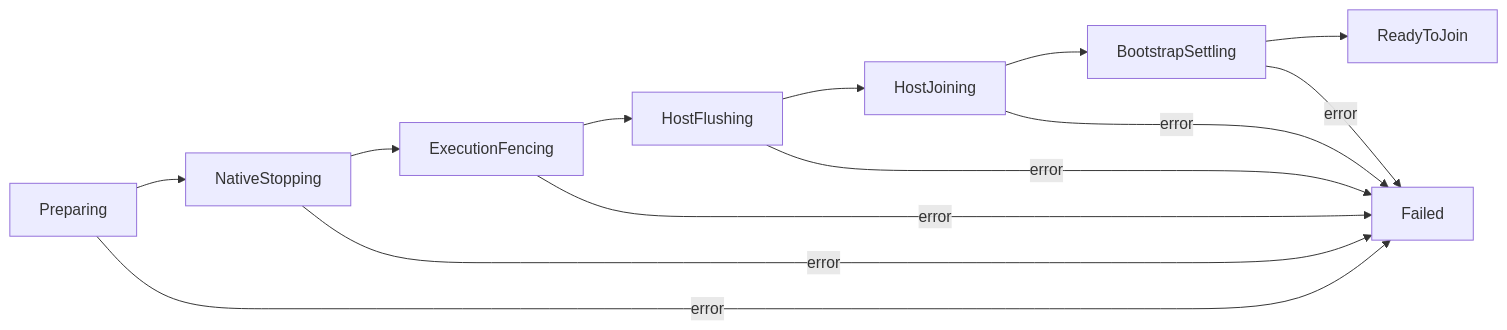
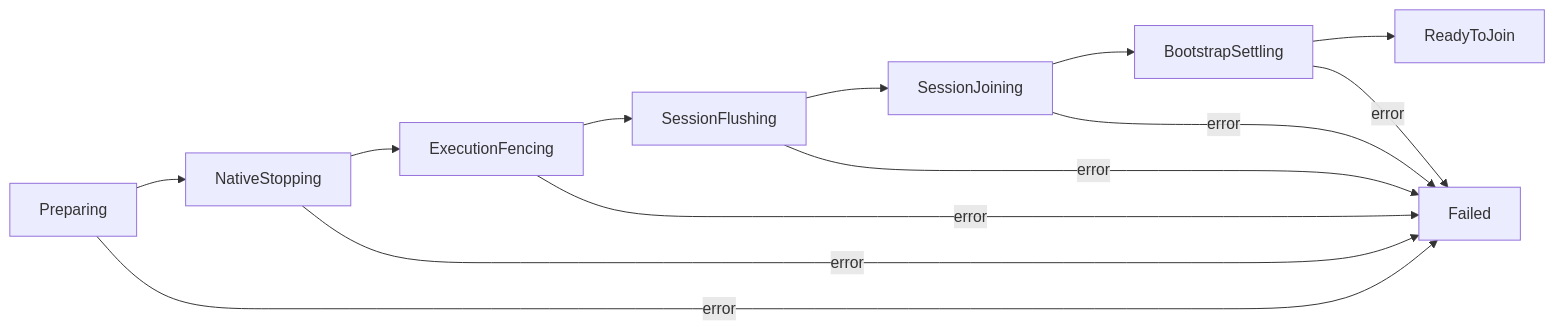
One commit to agentydragon/ducktape changed the third of 3 diagrams in agentplane/env/runtime/docs/cosi.md. Above: the diagram before and after it, drawn with Mermaid. The commit also changed other lines of this file and 54 other files, not shown here.

````diff
--- a/agentplane/env/runtime/docs/cosi.md
+++ b/agentplane/env/runtime/docs/cosi.md
@@ -365,5 +133,5 @@
 ```mermaid
 flowchart LR
-  Preparing --> NativeStopping --> ExecutionFencing --> HostFlushing --> HostJoining --> BootstrapSettling --> ReadyToJoin
-  Preparing & NativeStopping & ExecutionFencing & HostFlushing & HostJoining & BootstrapSettling -->|error| Failed
+  Preparing --> NativeStopping --> ExecutionFencing --> SessionFlushing --> SessionJoining --> BootstrapSettling --> ReadyToJoin
+  Preparing & NativeStopping & ExecutionFencing & SessionFlushing & SessionJoining & BootstrapSettling -->|"error"| Failed
 ```
````
